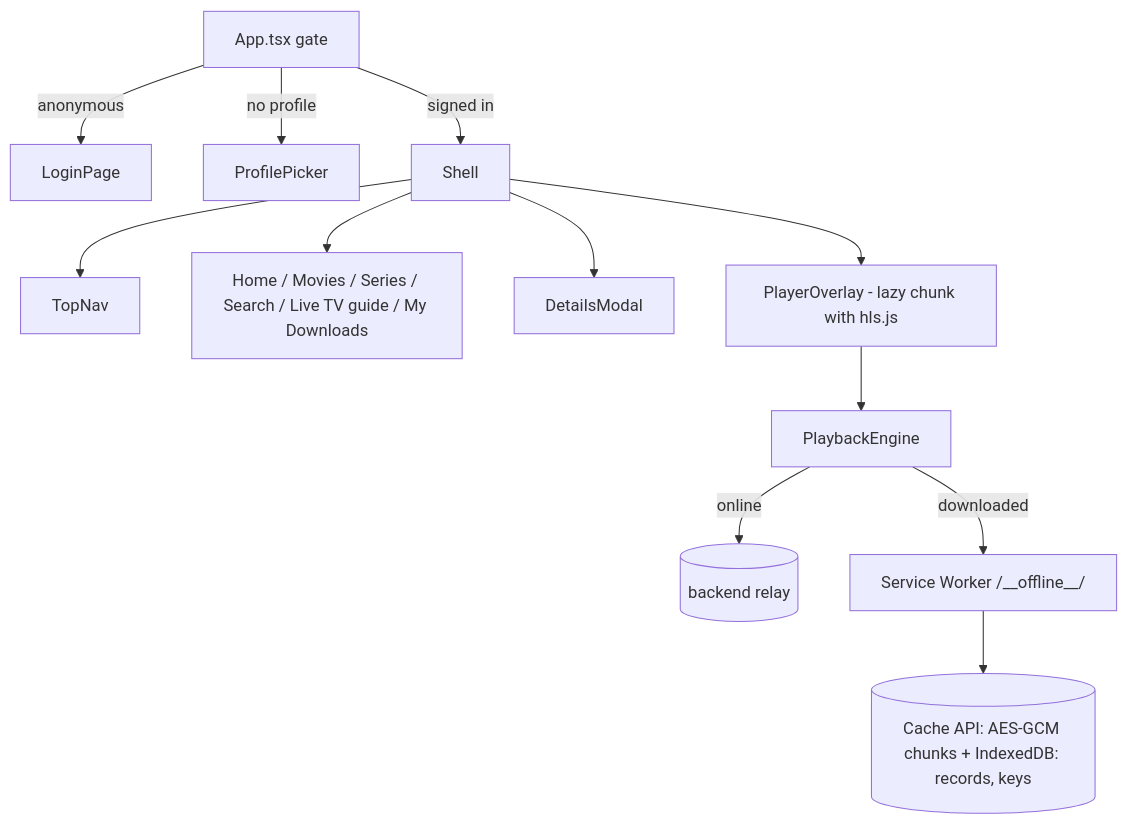
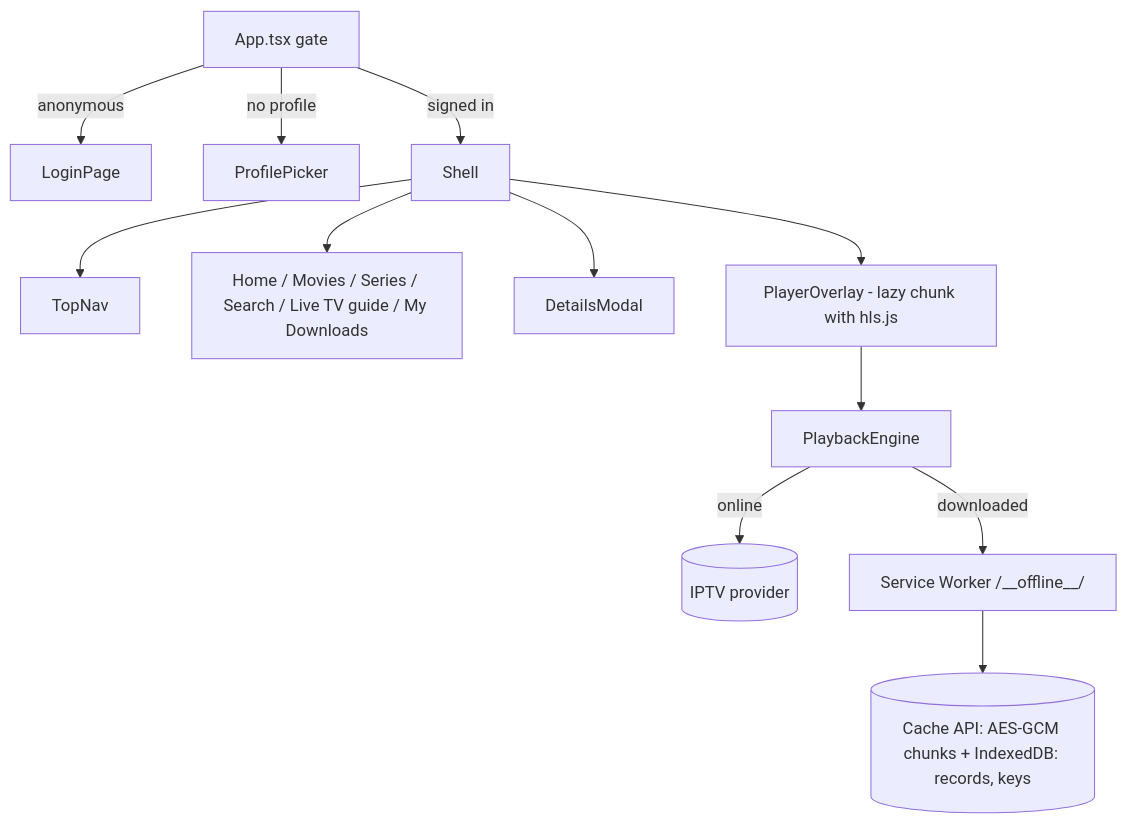
One commit to brunoccst/iptv-player changed the diagram in apps/web-player/README.md. Above: the diagram before and after it, drawn with Mermaid. The commit also changed other lines of this file and 313 other files, not shown here.

````diff
--- a/apps/web-player/README.md
+++ b/apps/web-player/README.md
@@ -5,13 +5,13 @@
 ```mermaid
 flowchart TD
   APP[App.tsx gate] -->|anonymous| LOGIN[LoginPage]
   APP -->|no profile| PICK[ProfilePicker]
   APP -->|signed in| SHELL[Shell]
   SHELL --> NAV[TopNav] & VIEWS[Home / Movies / Series / Search / Live TV guide / My Downloads]
   SHELL --> DETAILS[DetailsModal]
   SHELL --> PLAYER[PlayerOverlay - lazy chunk with hls.js]
   PLAYER --> ENGINE[PlaybackEngine]
-  ENGINE -->|online| API[(backend relay)]
+  ENGINE -->|online| IPTV[(IPTV provider)]
   ENGINE -->|downloaded| SW[Service Worker /__offline__/]
   SW --> STORE[(Cache API: AES-GCM chunks + IndexedDB: records, keys)]
 ```
````
